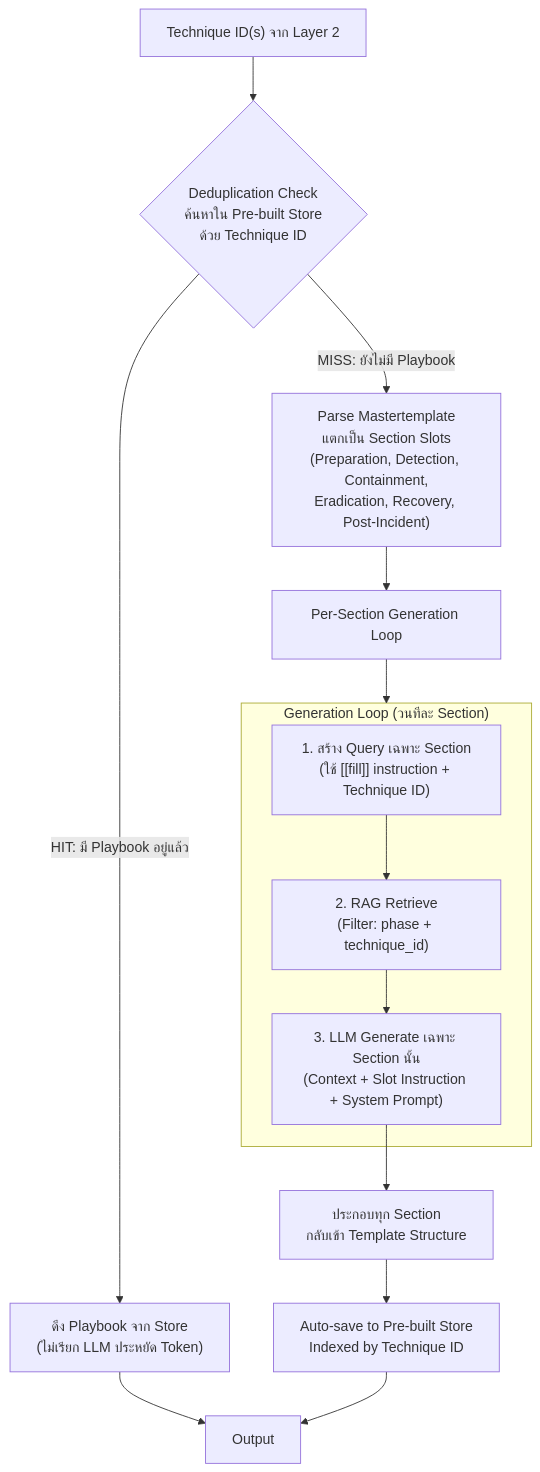
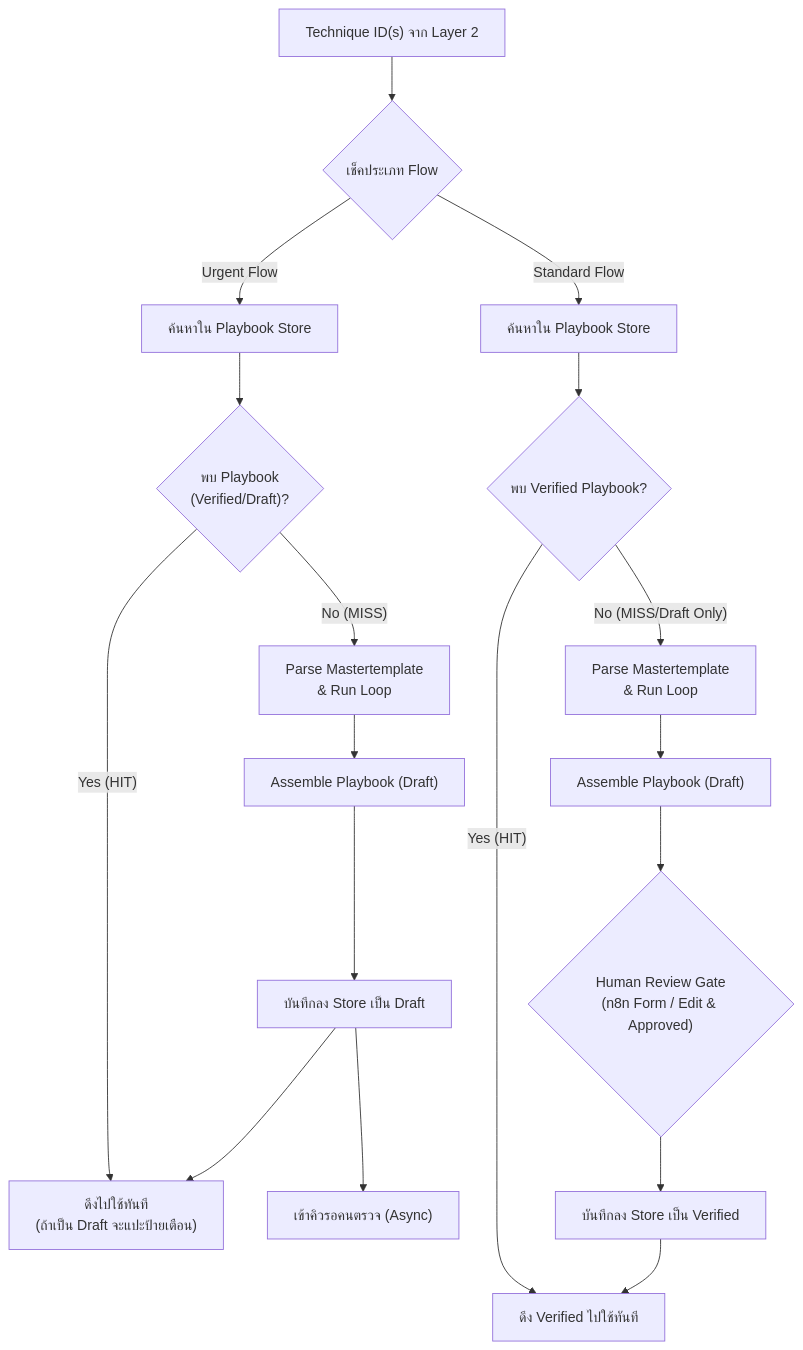
Before and after one commit to Chaithawatcer/omnissiah-playbook-workflow: the fourth of 12 diagrams in architecture.md, drawn with Mermaid. The commit also changed other lines of this file, not shown here.

Commit message:
Update architecture for Playbook Development Lifecycle and dual-flow workflows

````diff
--- a/architecture.md
+++ b/architecture.md
@@ -87,25 +110,24 @@
 ```mermaid
 graph TD
-    tid["Technique ID(s) จาก Layer 2"]
+    tid["Technique ID(s) จาก Layer 2"] --> flow_select{"เช็คประเภท Flow"}
+    
+    %% Urgent Flow Loop
+    flow_select -- "Urgent Flow" --> query_store_urg["ค้นหาใน Playbook Store"]
+    query_store_urg --> check_urg{"พบ Playbook\n(Verified/Draft)?"}
+    check_urg -- "Yes (HIT)" --> deliver_urg["ดึงไปใช้ทันที\n(ถ้าเป็น Draft จะแปะป้ายเตือน)"]
+    check_urg -- "No (MISS)" --> parse_urg["Parse Mastertemplate\n& Run Loop"]
+    parse_urg --> assemble_urg["Assemble Playbook (Draft)"]
+    assemble_urg --> save_store_urg["บันทึกลง Store เป็น Draft"]
+    save_store_urg --> deliver_urg
+    save_store_urg --> enqueue_review["เข้าคิวรอคนตรวจ (Async)"]
 
-    tid --> dedup{"Deduplication Check\nค้นหาใน Pre-built Store\nด้วย Technique ID"}
-
-    dedup -- "HIT: มี Playbook อยู่แล้ว" --> fetch["ดึง Playbook จาก Store\n(ไม่เรียก LLM ประหยัด Token)"]
-    fetch --> out["Output"]
-
-    dedup -- "MISS: ยังไม่มี Playbook" --> parse["Parse Mastertemplate\nแตกเป็น Section Slots\n(Preparation, Detection, Containment,\nEradication, Recovery, Post-Incident)"]
-
-    parse --> loop["Per-Section Generation Loop"]
-
-    subgraph loop_detail ["Generation Loop (วนทีละ Section)"]
-        q["1. สร้าง Query เฉพาะ Section\n(ใช้ [[fill]] instruction + Technique ID)"]
-        r["2. RAG Retrieve\n(Filter: phase + technique_id)"]
-        g["3. LLM Generate เฉพาะ Section นั้น\n(Context + Slot Instruction + System Prompt)"]
-        q --> r --> g
-    end
-
-    loop --> loop_detail
-    g --> assemble["ประกอบทุก Section\nกลับเข้า Template Structure"]
-    assemble --> save["Auto-save to Pre-built Store\nIndexed by Technique ID"]
-    save --> out
+    %% Standard Flow Loop
+    flow_select -- "Standard Flow" --> query_store_std["ค้นหาใน Playbook Store"]
+    query_store_std --> check_std{"พบ Verified Playbook?"}
+    check_std -- "Yes (HIT)" --> deliver_std["ดึง Verified ไปใช้ทันที"]
+    check_std -- "No (MISS/Draft Only)" --> parse_std["Parse Mastertemplate\n& Run Loop"]
+    parse_std --> assemble_std["Assemble Playbook (Draft)"]
+    assemble_std --> review_gate{"Human Review Gate\n(n8n Form / Edit & Approved)"}
+    review_gate --> save_store_std["บันทึกลง Store เป็น Verified"]
+    save_store_std --> deliver_std
 ```
````
